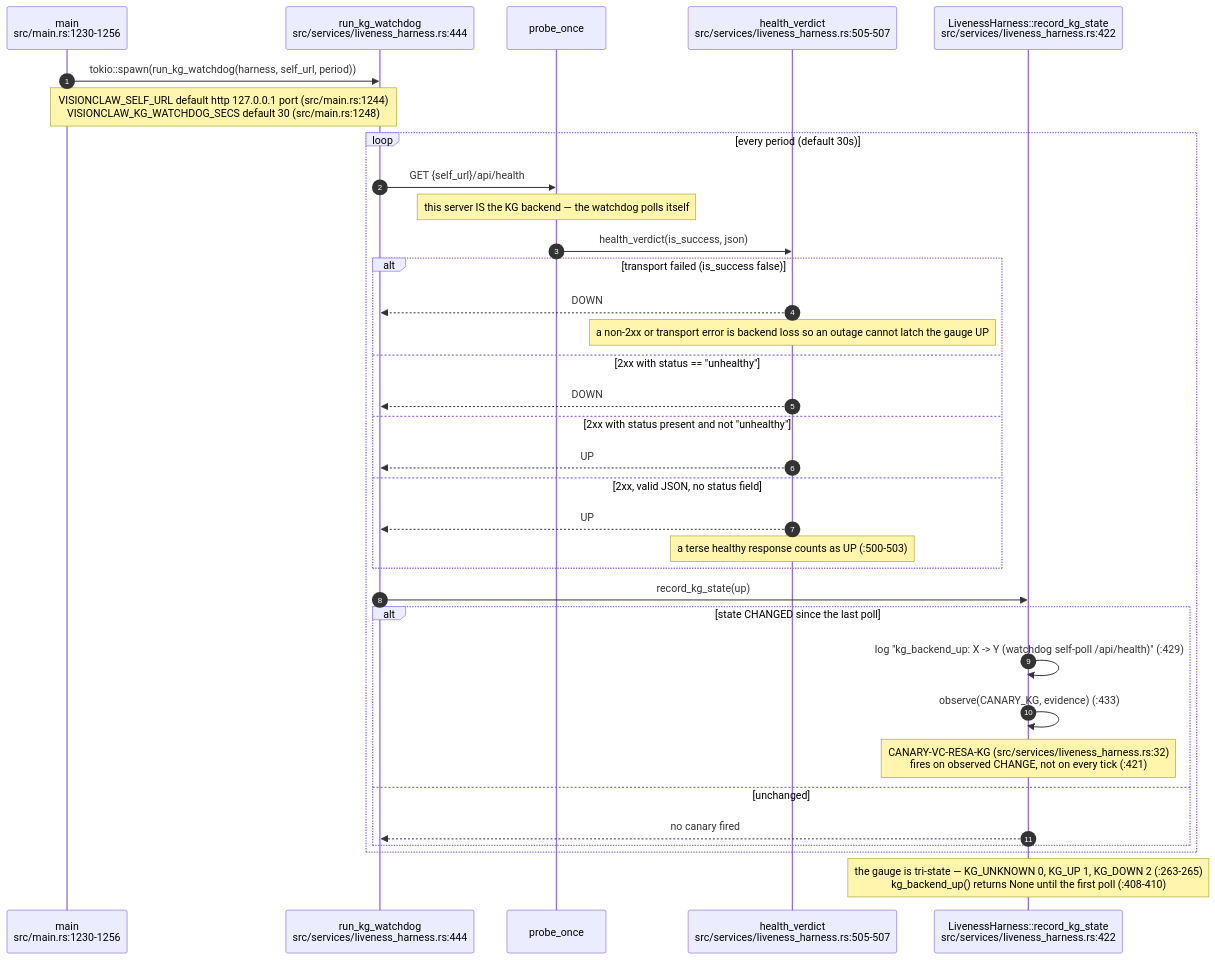
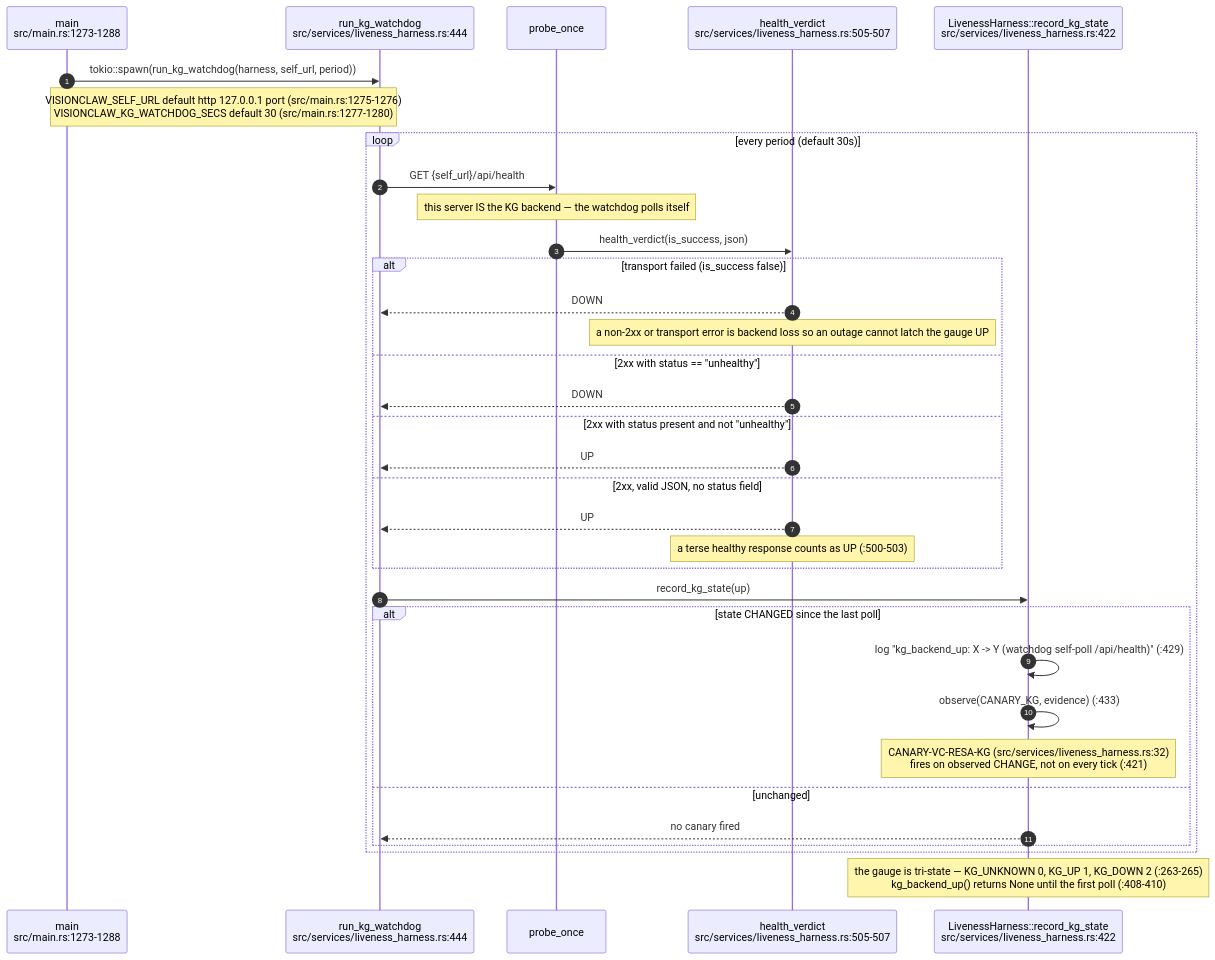
Before and after one commit to DreamLab-AI/VisionFlow: the second of 9 diagrams in docs/diagrams/visionclaw/08-observability-health-and-dev-loop.md, drawn with Mermaid. The commit also changed other lines of this file and 160 other files, not shown here.

````diff
--- a/docs/diagrams/visionclaw/08-observability-health-and-dev-loop.md
+++ b/docs/diagrams/visionclaw/08-observability-health-and-dev-loop.md
@@ -62,37 +66,37 @@
 ```mermaid
 sequenceDiagram
     autonumber
-    participant M as main<br/>src/main.rs:1230-1256
+    participant M as main<br/>src/main.rs:1273-1288
     participant W as run_kg_watchdog<br/>src/services/liveness_harness.rs:444
     participant P as probe_once
     participant V as health_verdict<br/>src/services/liveness_harness.rs:505-507
     participant H as LivenessHarness::record_kg_state<br/>src/services/liveness_harness.rs:422
 
     M->>W: tokio::spawn(run_kg_watchdog(harness, self_url, period))
-    Note over M,W: VISIONCLAW_SELF_URL default http 127.0.0.1 port (src/main.rs:1244)<br/>VISIONCLAW_KG_WATCHDOG_SECS default 30 (src/main.rs:1248)
+    Note over M,W: VISIONCLAW_SELF_URL default http 127.0.0.1 port (src/main.rs:1275-1276)<br/>VISIONCLAW_KG_WATCHDOG_SECS default 30 (src/main.rs:1277-1280)
     loop every period (default 30s)
         W->>P: GET {self_url}/api/health
         Note over P: this server IS the KG backend — the watchdog polls itself
         P->>V: health_verdict(is_success, json)
         alt transport failed (is_success false)
             V-->>W: DOWN
             Note over V: a non-2xx or transport error is backend loss so an outage cannot latch the gauge UP
         else 2xx with status == "unhealthy"
             V-->>W: DOWN
         else 2xx with status present and not "unhealthy"
             V-->>W: UP
         else 2xx, valid JSON, no status field
             V-->>W: UP
             Note over V: a terse healthy response counts as UP (:500-503)
         end
         W->>H: record_kg_state(up)
         alt state CHANGED since the last poll
             H->>H: log "kg_backend_up: X -> Y (watchdog self-poll /api/health)" (:429)
             H->>H: observe(CANARY_KG, evidence) (:433)
             Note over H: CANARY-VC-RESA-KG (src/services/liveness_harness.rs:32)<br/>fires on observed CHANGE, not on every tick (:421)
         else unchanged
             H-->>W: no canary fired
         end
     end
     Note over H: the gauge is tri-state — KG_UNKNOWN 0, KG_UP 1, KG_DOWN 2 (:263-265)<br/>kg_backend_up() returns None until the first poll (:408-410)
 ```
````
